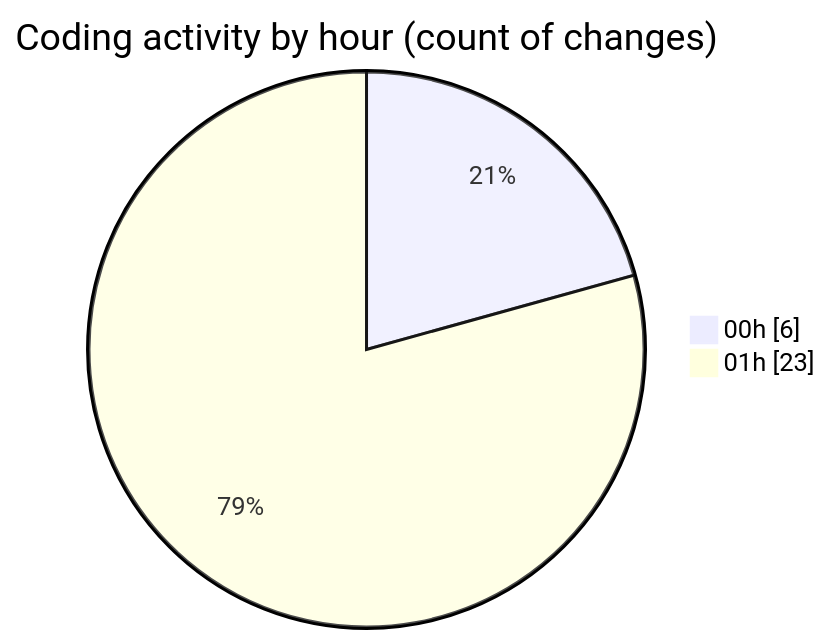
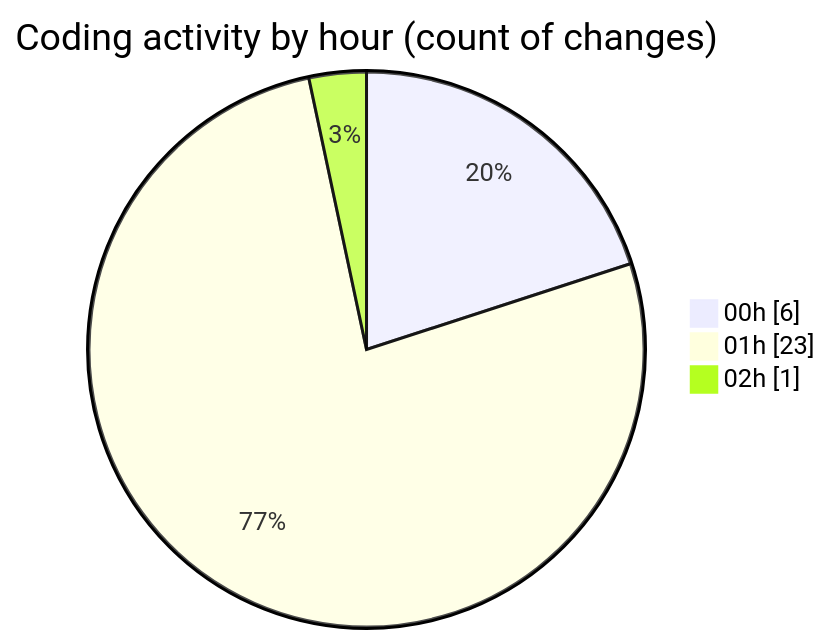
The second of 2 diagrams in 2025-07-28/refunds/README.md (EIIisD/code-tracking), drawn with Mermaid before and after one commit. The commit also changed other lines of this file and 1 other file, not shown here.

````diff
--- a/2025-07-28/refunds/README.md
+++ b/2025-07-28/refunds/README.md
@@ -31,6 +33,7 @@
 ```mermaid
 pie showData
 title Coding activity by hour (count of changes)
 "00h" : 6
 "01h" : 23
+"02h" : 1
 ```
````
